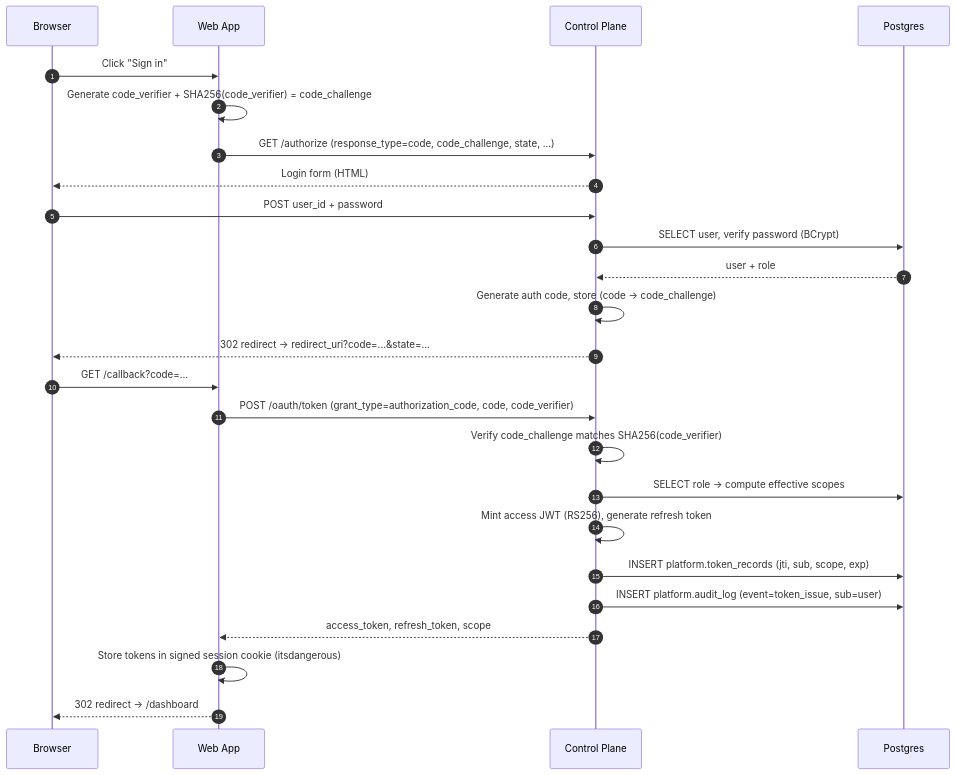
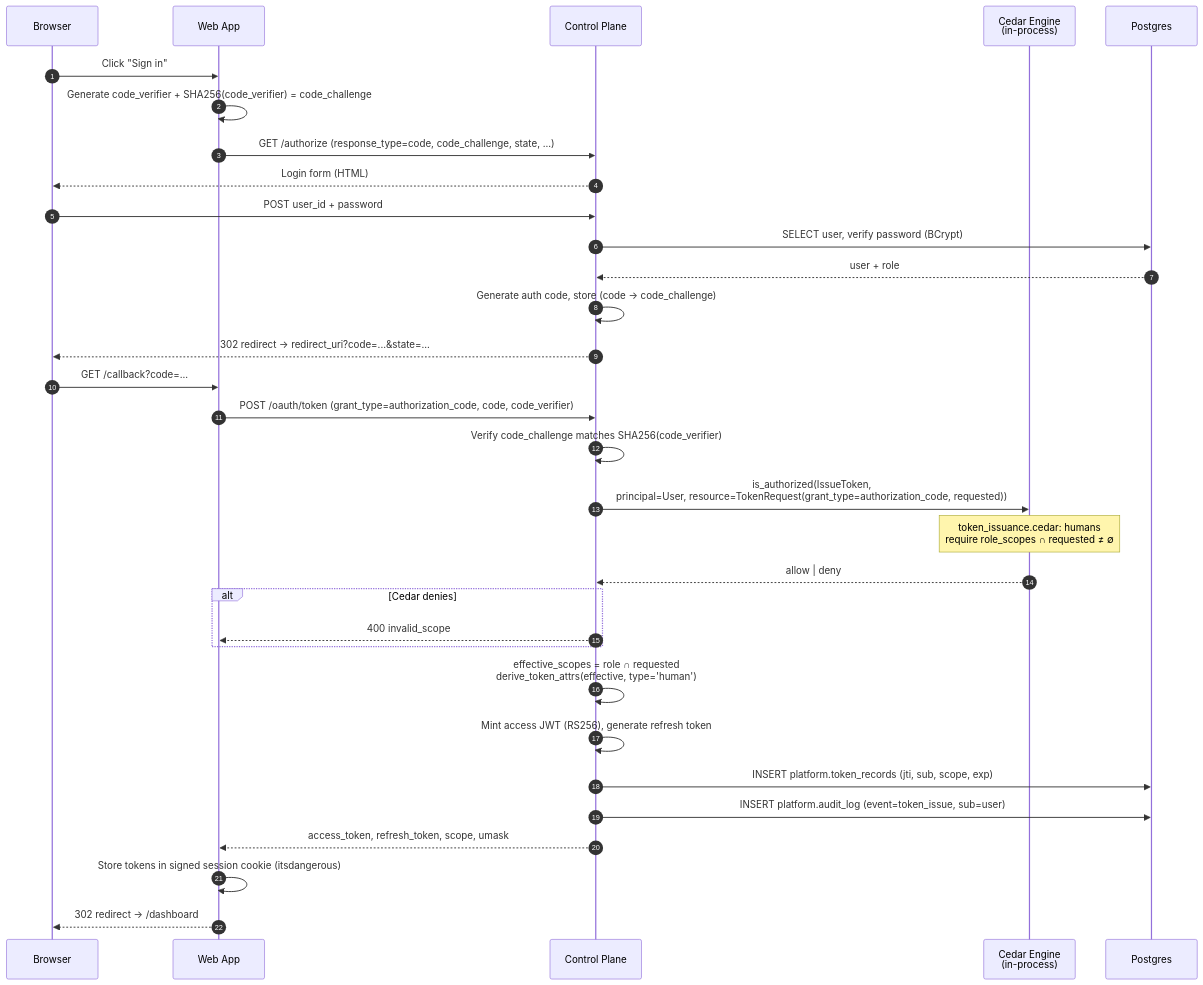
One commit to theRealMarkCastillo/identity-demo changed the second of 8 diagrams in docs/ARCHITECTURE.md. Above: the diagram before and after it, drawn with Mermaid. The commit also changed other lines of this file and 22 other files, not shown here.

First line of the commit message:
Add Cedar policy engine for service-level authorization

````diff
--- a/docs/ARCHITECTURE.md
+++ b/docs/ARCHITECTURE.md
@@ -570,28 +596,35 @@
 ```mermaid
 sequenceDiagram
     autonumber
     participant U as Browser
     participant W as Web App
     participant CP as Control Plane
+    participant CEDAR as Cedar Engine<br/>(in-process)
     participant DB as Postgres
 
     U->>W: Click "Sign in"
     W->>W: Generate code_verifier + SHA256(code_verifier) = code_challenge
     W->>CP: GET /authorize (response_type=code, code_challenge, state, ...)
     CP-->>U: Login form (HTML)
     U->>CP: POST user_id + password
     CP->>DB: SELECT user, verify password (BCrypt)
     DB-->>CP: user + role
     CP->>CP: Generate auth code, store (code → code_challenge)
     CP-->>U: 302 redirect → redirect_uri?code=...&state=...
     U->>W: GET /callback?code=...
     W->>CP: POST /oauth/token (grant_type=authorization_code, code, code_verifier)
     CP->>CP: Verify code_challenge matches SHA256(code_verifier)
-    CP->>DB: SELECT role → compute effective scopes
+    CP->>CEDAR: is_authorized(IssueToken,<br/>principal=User, resource=TokenRequest(grant_type=authorization_code, requested))
+    Note over CEDAR: token_issuance.cedar: humans<br/>require role_scopes ∩ requested ≠ ∅
+    CEDAR-->>CP: allow | deny
+    alt Cedar denies
+        CP-->>W: 400 invalid_scope
+    end
+    CP->>CP: effective_scopes = role ∩ requested<br/>derive_token_attrs(effective, type='human')
     CP->>CP: Mint access JWT (RS256), generate refresh token
     CP->>DB: INSERT platform.token_records (jti, sub, scope, exp)
     CP->>DB: INSERT platform.audit_log (event=token_issue, sub=user)
-    CP-->>W: access_token, refresh_token, scope
+    CP-->>W: access_token, refresh_token, scope, umask
     W->>W: Store tokens in signed session cookie (itsdangerous)
     W-->>U: 302 redirect → /dashboard
 ```
````
